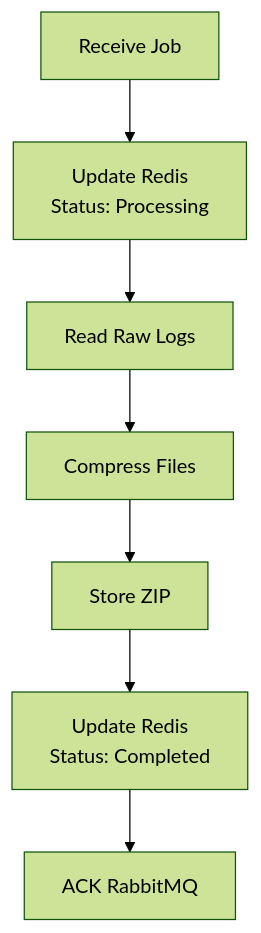
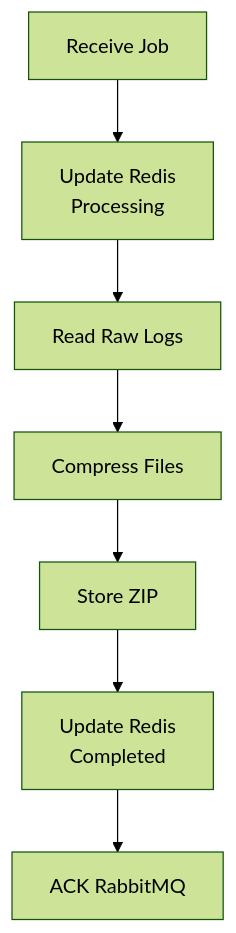
The diagram in README.md (luqelha/asynchronous-log-export-system), drawn with Mermaid (forest theme) before and after one commit. The commit also changed other lines of this file, not shown here.

````diff
--- a/README.md
+++ b/README.md
@@ -300,9 +79,10 @@
 ```mermaid
 flowchart TD
-    A[Receive Job] --> B[Update Redis<br/>Status: Processing]
-    B --> C[Read Raw Logs]
-    C --> D[Compress Files]
-    D --> E[Store ZIP]
-    E --> F[Update Redis<br/>Status: Completed]
-    F --> G[ACK RabbitMQ]
+    A[Receive Job]
+    --> B[Update Redis<br/>Processing]
+    --> C[Read Raw Logs]
+    --> D[Compress Files]
+    --> E[Store ZIP]
+    --> F[Update Redis<br/>Completed]
+    --> G[ACK RabbitMQ]
 ```
````
